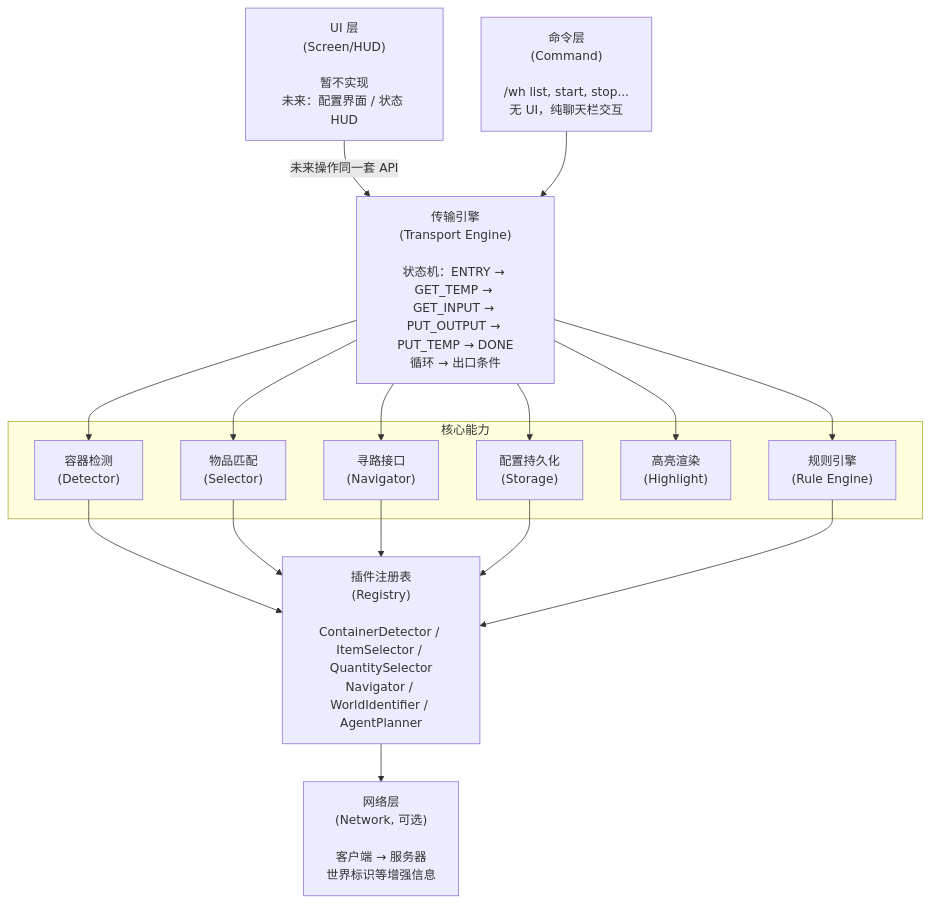
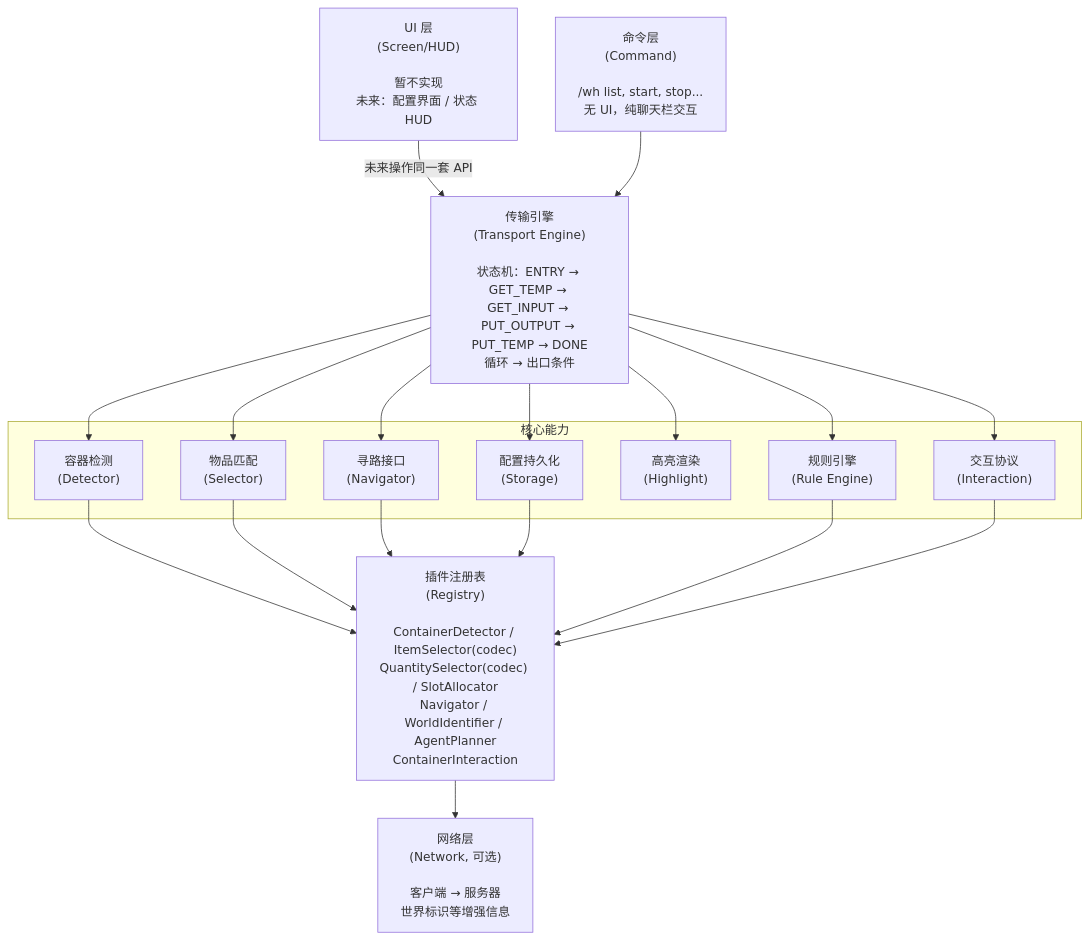
Before and after one commit to MineYuanlu/mc-warehouse-fabric: the first of 2 diagrams in doc/PDD.md, drawn with Mermaid. The commit also changed other lines of this file and 2 other files, not shown here.

````diff
--- a/doc/PDD.md
+++ b/doc/PDD.md
@@ -9,36 +11,39 @@
 ```mermaid
 flowchart TB
     UI["UI 层<br/>(Screen/HUD)<br/><br/>暂不实现<br/>未来：配置界面 / 状态 HUD"]
 
     CMD["命令层<br/>(Command)<br/><br/>/wh list, start, stop...<br/>无 UI，纯聊天栏交互"]
 
     TRANS["传输引擎<br/>(Transport Engine)<br/><br/>状态机：ENTRY → GET_TEMP → GET_INPUT → PUT_OUTPUT → PUT_TEMP → DONE<br/>循环 → 出口条件"]
 
     subgraph SERVICES["核心能力"]
         DET["容器检测<br/>(Detector)"]
         SEL["物品匹配<br/>(Selector)"]
         NAV["寻路接口<br/>(Navigator)"]
         STO["配置持久化<br/>(Storage)"]
         HIGHLIGHT["高亮渲染<br/>(Highlight)"]
         RULE["规则引擎<br/>(Rule Engine)"]
+        INTERACT["交互协议<br/>(Interaction)"]
     end
 
-    REG["插件注册表<br/>(Registry)<br/><br/>ContainerDetector / ItemSelector / QuantitySelector<br/>Navigator / WorldIdentifier / AgentPlanner"]
+    REG["插件注册表<br/>(Registry)<br/><br/>ContainerDetector / ItemSelector(codec)<br/>QuantitySelector(codec) / SlotAllocator<br/>Navigator / WorldIdentifier / AgentPlanner<br/>ContainerInteraction"]
 
     NET["网络层<br/>(Network, 可选)<br/><br/>客户端 → 服务器<br/>世界标识等增强信息"]
 
     UI -->|"未来操作同一套 API"| TRANS
     CMD --> TRANS
     TRANS --> DET
     TRANS --> SEL
     TRANS --> NAV
     TRANS --> STO
     TRANS --> RULE
     TRANS --> HIGHLIGHT
+    TRANS --> INTERACT
     DET --> REG
     SEL --> REG
     NAV --> REG
     STO --> REG
     RULE --> REG
+    INTERACT --> REG
     REG --> NET
 ```
````
